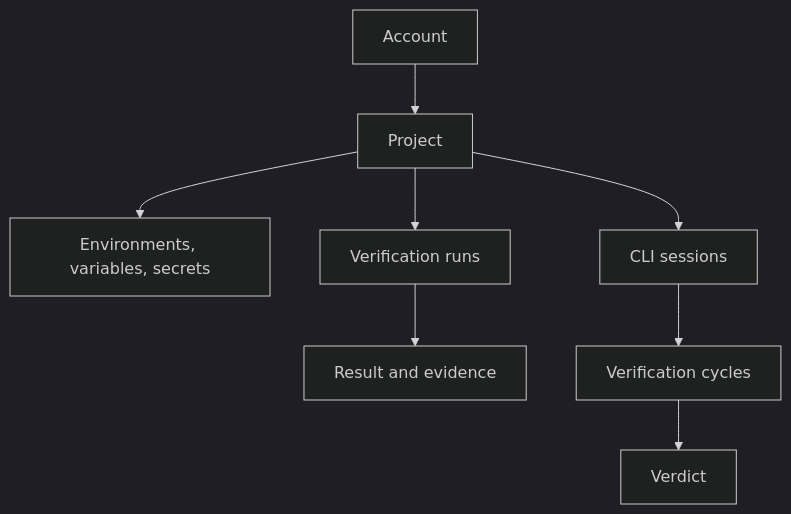
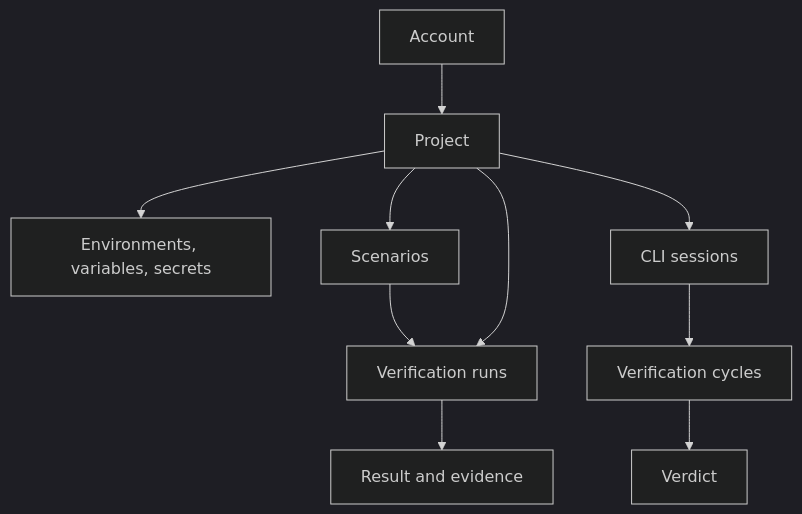
The diagram in getting-started/key-concepts.mdx (ironbee-ai/ironbee-docs), drawn with Mermaid (dark theme) before and after one commit. The commit also changed other lines of this file and 48 other files, not shown here.

````diff
--- a/getting-started/key-concepts.mdx
+++ b/getting-started/key-concepts.mdx
@@ -10,10 +10,12 @@
 ```mermaid actions={false}
 flowchart TD
     A[Account] --> P[Project]
     P --> E[Environments, variables, secrets]
+    P --> SC[Scenarios]
+    SC --> R
     P --> R[Verification runs]
     R --> V[Result and evidence]
     P --> S[CLI sessions]
     S --> C[Verification cycles]
     C --> D[Verdict]
 ```
````
